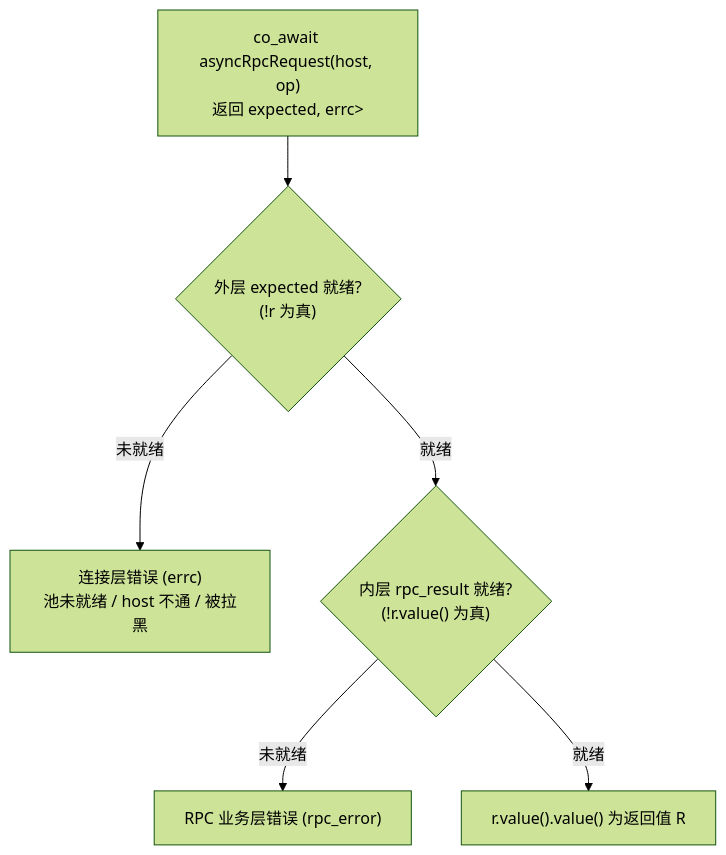
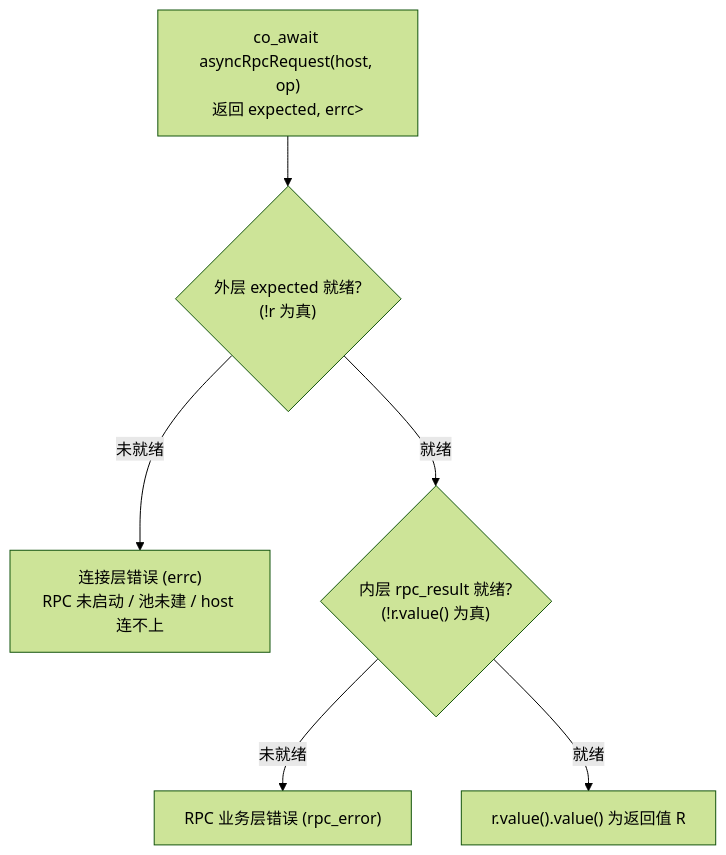
Before and after one commit to HopeTiga/HopeDesk: the fourth of 5 diagrams in WebrtcSignalServer.md, drawn with Mermaid (forest theme). The commit also changed other lines of this file, not shown here.

````diff
--- a/WebrtcSignalServer.md
+++ b/WebrtcSignalServer.md
@@ -549,8 +551,8 @@
 ```mermaid
 flowchart TD
   R["co_await asyncRpcRequest(host, op)<br/>返回 expected<rpc_result<R>, errc>"] --> A{"外层 expected 就绪?<br/>(!r 为真)"}
-  A -- "未就绪" --> E1["连接层错误 (errc)<br/>池未就绪 / host 不通 / 被拉黑"]
+  A -- "未就绪" --> E1["连接层错误 (errc)<br/>RPC 未启动 / 池未建 / host 连不上"]
   A -- "就绪" --> B{"内层 rpc_result 就绪?<br/>(!r.value() 为真)"}
   B -- "未就绪" --> E2["RPC 业务层错误 (rpc_error)"]
   B -- "就绪" --> OK["r.value().value() 为返回值 R"]
 ```
````
